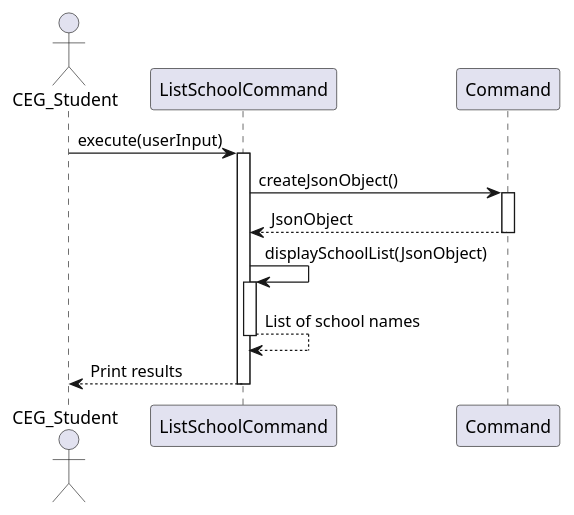
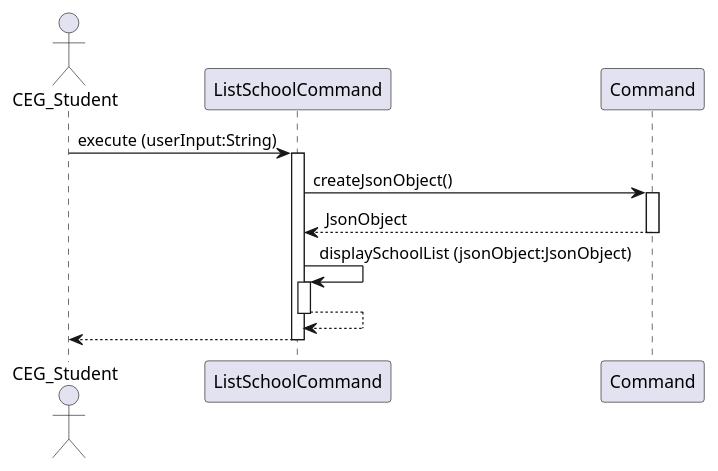
The diagram in uml-diagrams/ListSchoolsCommand.puml (nus-cs2113-AY2425S1/tp), drawn with PlantUML before and after one commit.

Commit message:
Include type of data and keep UML simpler

```diff
--- a/uml-diagrams/ListSchoolsCommand.puml
+++ b/uml-diagrams/ListSchoolsCommand.puml
@@ -1,23 +1,23 @@
 @startuml
 actor CEG_Student
 participant ListSchoolCommand
 participant Command
 
-CEG_Student -> ListSchoolCommand: execute(userInput)
+CEG_Student -> ListSchoolCommand: execute (userInput:String)
 activate ListSchoolCommand
 
 ListSchoolCommand -> Command: createJsonObject()
 activate Command
 
 Command --> ListSchoolCommand: JsonObject
 deactivate Command
 
-ListSchoolCommand -> ListSchoolCommand: displaySchoolList(JsonObject)
+ListSchoolCommand -> ListSchoolCommand: displaySchoolList (jsonObject:JsonObject)
 activate ListSchoolCommand
 
-ListSchoolCommand --> ListSchoolCommand: List of school names
+ListSchoolCommand --> ListSchoolCommand
 deactivate ListSchoolCommand
 
-ListSchoolCommand --> CEG_Student: Print results
+ListSchoolCommand --> CEG_Student
 deactivate ListSchoolCommand
 @enduml
```
